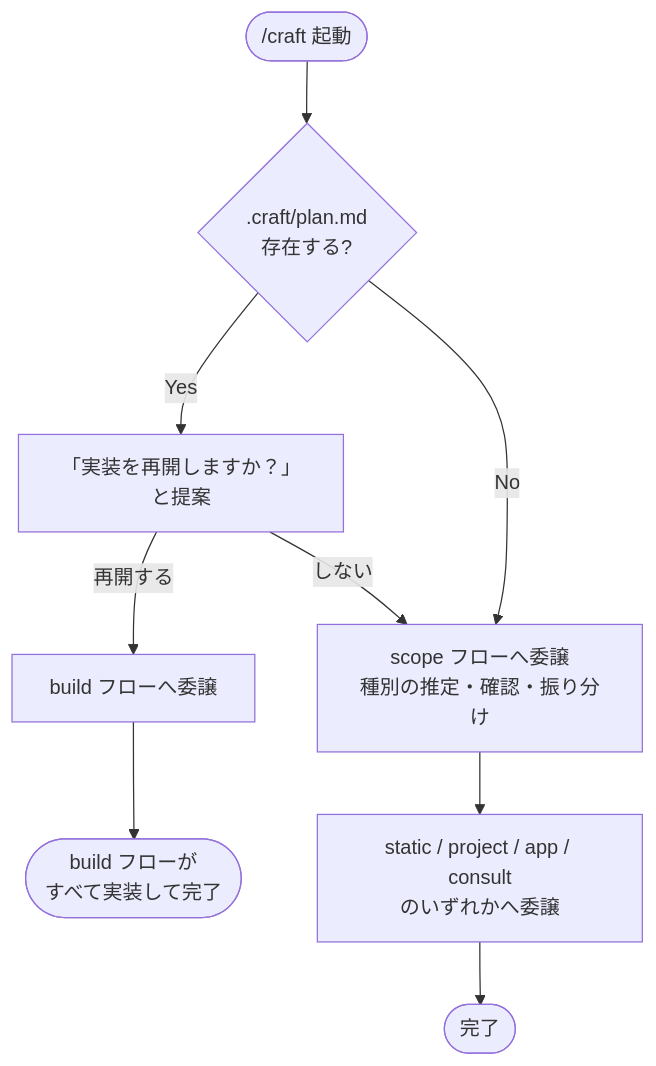
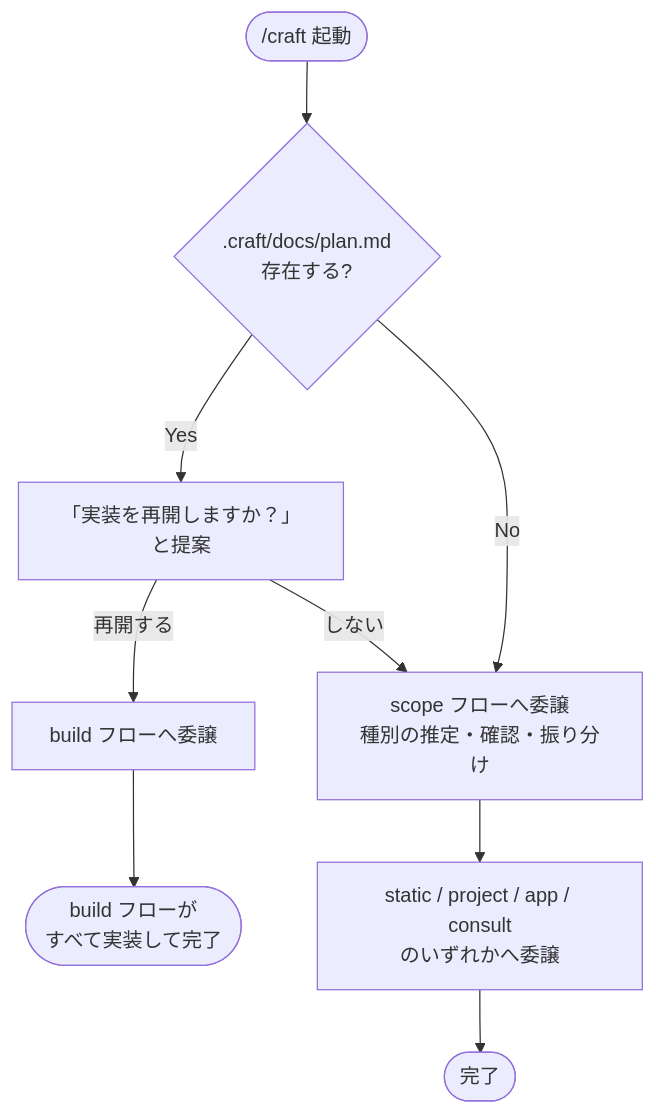
Before and after one commit to agaemo/dotfiles: the first of 2 diagrams in claude/skills/craft/README.md, drawn with Mermaid. The commit also changed other lines of this file and 29 other files, not shown here.

````diff
--- a/claude/skills/craft/README.md
+++ b/claude/skills/craft/README.md
@@ -10,14 +10,14 @@
 ```mermaid
 flowchart TD
-    START([/craft 起動]) --> DETECT{.craft/plan.md\n存在する?}
+    START([/craft 起動]) --> DETECT{.craft/docs/plan.md\n存在する?}
     DETECT -->|Yes| SUGGEST["「実装を再開しますか？」と提案"]
     SUGGEST -->|再開する| RESUME["build フローへ委譲"]
     SUGGEST -->|しない| SCOPE
     DETECT -->|No| SCOPE
 
     SCOPE["scope フローへ委譲\n種別の推定・確認・振り分け"]
     SCOPE --> ROUTED[static / project / app / consult\nのいずれかへ委譲]
 
     ROUTED --> END_SC([完了])
     RESUME --> END_R([build フローが\nすべて実装して完了])
 ```
````
